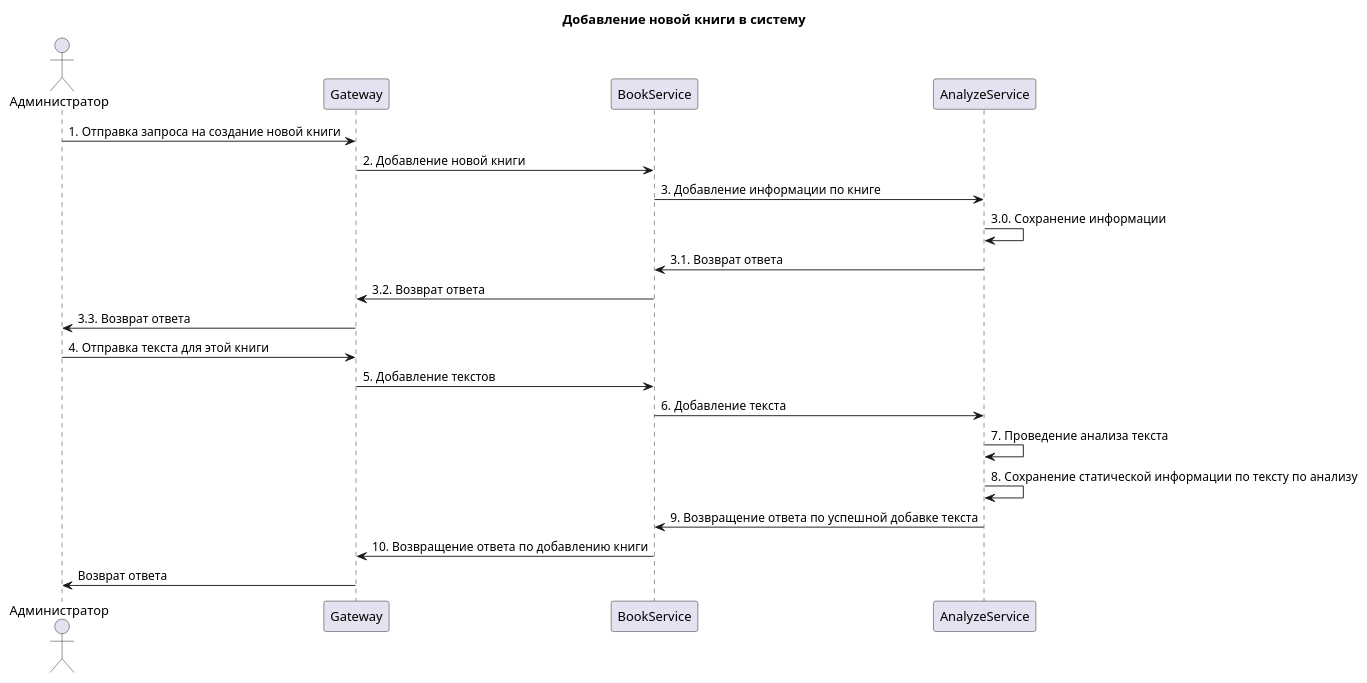
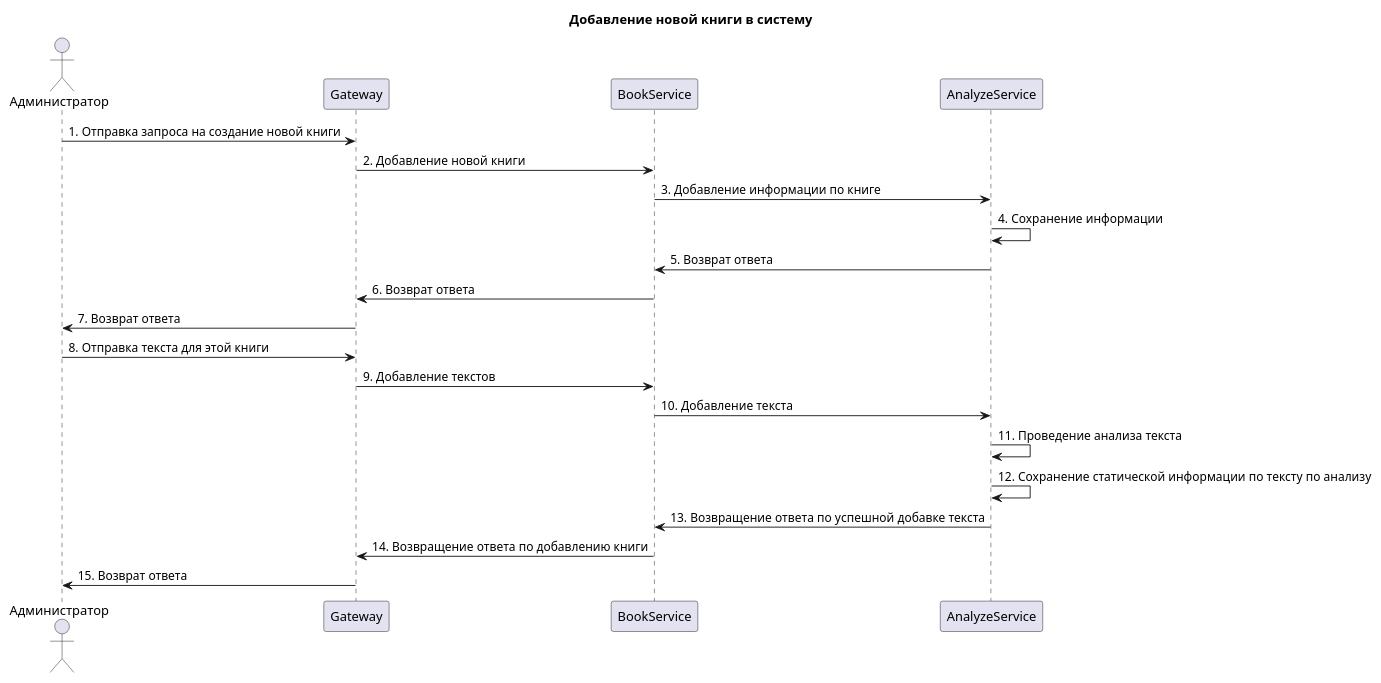
The diagram in documentation/sequence-diagrams/AddingNewBook.puml (Jb192101/BookStatistic-Web), drawn with PlantUML before and after one commit. The commit also changed 16 other files, not shown here.

Commit message:
Добавление аудита на книги

```diff
--- a/documentation/sequence-diagrams/AddingNewBook.puml
+++ b/documentation/sequence-diagrams/AddingNewBook.puml
@@ -1,26 +1,26 @@
 @startuml
 
 title Добавление новой книги в систему
 
 actor Администратор as admin
 participant Gateway as gateway
 participant BookService as bookService
 participant AnalyzeService as analyzeService
 
 admin -> gateway : 1. Отправка запроса на создание новой книги
 gateway -> bookService : 2. Добавление новой книги
 bookService -> analyzeService : 3. Добавление информации по книге
-analyzeService -> analyzeService : 3.0. Сохранение информации
-analyzeService -> bookService : 3.1. Возврат ответа
-bookService -> gateway : 3.2. Возврат ответа
-gateway -> admin : 3.3. Возврат ответа
-admin -> gateway : 4. Отправка текста для этой книги
-gateway -> bookService : 5. Добавление текстов
-bookService -> analyzeService : 6. Добавление текста
-analyzeService -> analyzeService : 7. Проведение анализа текста
-analyzeService -> analyzeService : 8. Сохранение статической информации по тексту по анализу
-analyzeService -> bookService : 9. Возвращение ответа по успешной добавке текста
-bookService -> gateway : 10. Возвращение ответа по добавлению книги
-gateway -> admin : Возврат ответа
+analyzeService -> analyzeService : 4. Сохранение информации
+analyzeService -> bookService : 5. Возврат ответа
+bookService -> gateway : 6. Возврат ответа
+gateway -> admin : 7. Возврат ответа
+admin -> gateway : 8. Отправка текста для этой книги
+gateway -> bookService : 9. Добавление текстов
+bookService -> analyzeService : 10. Добавление текста
+analyzeService -> analyzeService : 11. Проведение анализа текста
+analyzeService -> analyzeService : 12. Сохранение статической информации по тексту по анализу
+analyzeService -> bookService : 13. Возвращение ответа по успешной добавке текста
+bookService -> gateway : 14. Возвращение ответа по добавлению книги
+gateway -> admin : 15. Возврат ответа
 
 @enduml
```
